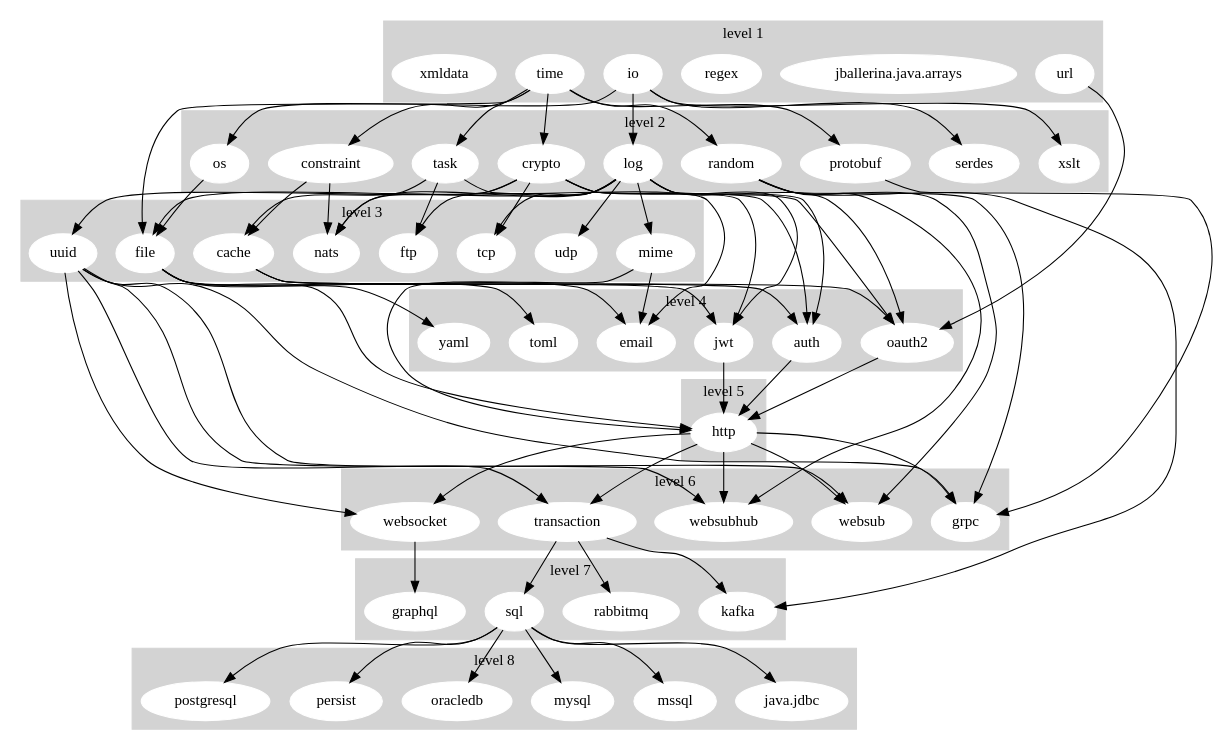
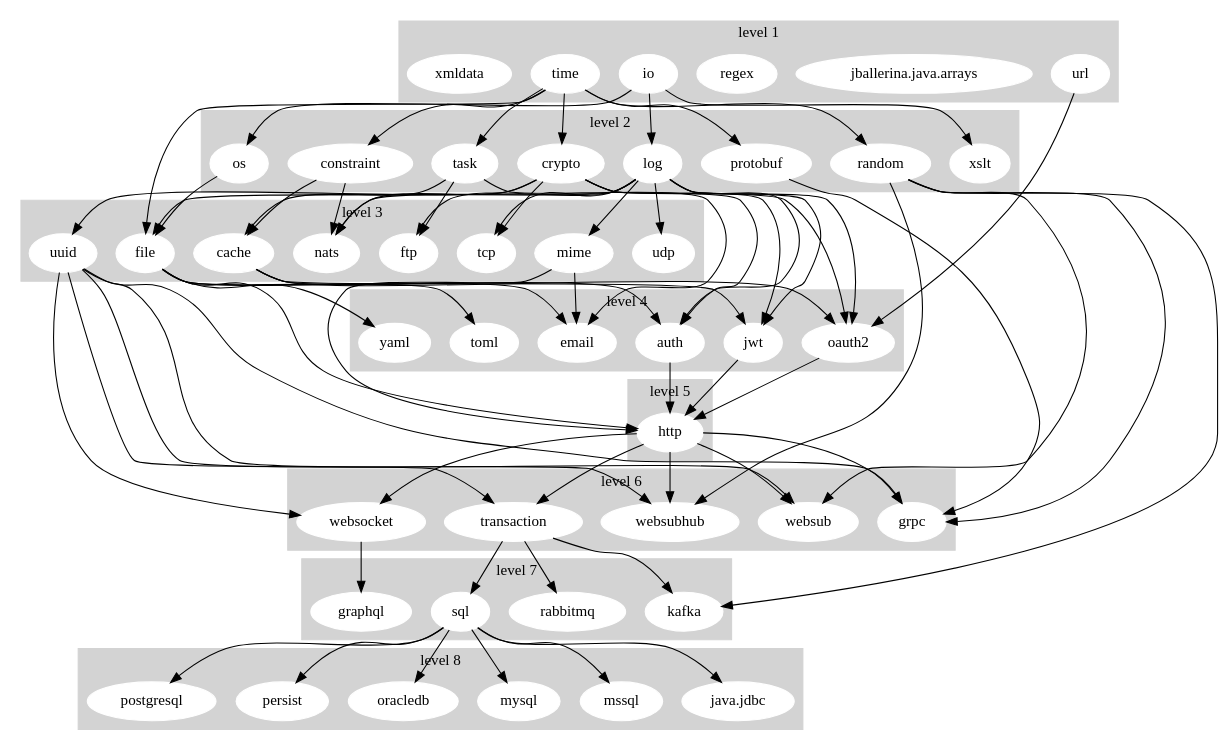
The diagram in dashboard/stdlib_graph.gv (ballerina-platform/ballerina-release), drawn with Graphviz before and after one commit.

Commit message:
[Automated] Update Stdlib Dependency Graph

```diff
--- a/dashboard/stdlib_graph.gv
+++ b/dashboard/stdlib_graph.gv
@@ -1,156 +1,154 @@
 digraph "Stdlib Dependency Graph" {
 	subgraph cluster_1 {
 		node [color=white style=filled]
 		color=lightgrey style=filled
 		io
 		"jballerina.java.arrays"
 		regex
 		time
 		url
 		xmldata
 		label="level 1"
 	}
 	subgraph cluster_2 {
 		node [color=white style=filled]
 		color=lightgrey style=filled
 		constraint
 		crypto
 		log
 		os
 		protobuf
 		random
-		serdes
 		task
 		xslt
 		label="level 2"
 	}
 	subgraph cluster_3 {
 		node [color=white style=filled]
 		color=lightgrey style=filled
 		cache
 		file
 		ftp
 		mime
 		nats
 		tcp
 		udp
 		uuid
 		label="level 3"
 	}
 	subgraph cluster_4 {
 		node [color=white style=filled]
 		color=lightgrey style=filled
 		auth
 		email
 		jwt
 		oauth2
 		toml
 		yaml
 		label="level 4"
 	}
 	subgraph cluster_5 {
 		node [color=white style=filled]
 		color=lightgrey style=filled
 		http
 		label="level 5"
 	}
 	subgraph cluster_6 {
 		node [color=white style=filled]
 		color=lightgrey style=filled
 		grpc
 		transaction
 		websocket
 		websub
 		websubhub
 		label="level 6"
 	}
 	subgraph cluster_7 {
 		node [color=white style=filled]
 		color=lightgrey style=filled
 		graphql
 		kafka
 		rabbitmq
 		sql
 		label="level 7"
 	}
 	subgraph cluster_8 {
 		node [color=white style=filled]
 		color=lightgrey style=filled
 		"java.jdbc"
 		mssql
 		mysql
 		oracledb
 		persist
 		postgresql
 		label="level 8"
 	}
 	io -> log
 	io -> os
-	io -> serdes
 	io -> xslt
 	time -> constraint
 	time -> crypto
 	time -> file
 	time -> protobuf
 	time -> random
 	time -> task
 	url -> oauth2
 	constraint -> cache
 	constraint -> nats
 	crypto -> auth
 	crypto -> jwt
 	crypto -> nats
 	crypto -> oauth2
 	crypto -> tcp
 	crypto -> uuid
 	log -> auth
 	log -> file
 	log -> ftp
 	log -> jwt
 	log -> mime
 	log -> nats
 	log -> oauth2
 	log -> tcp
 	log -> udp
 	os -> file
 	protobuf -> grpc
 	random -> grpc
 	random -> kafka
 	random -> websub
 	random -> websubhub
 	task -> cache
 	task -> email
 	task -> ftp
 	cache -> auth
 	cache -> jwt
 	cache -> oauth2
 	file -> email
 	file -> http
 	file -> toml
 	file -> yaml
 	mime -> email
 	mime -> http
 	uuid -> grpc
 	uuid -> transaction
 	uuid -> websocket
 	uuid -> websub
 	uuid -> websubhub
 	auth -> http
 	jwt -> http
 	oauth2 -> http
 	http -> grpc
 	http -> transaction
 	http -> websocket
 	http -> websub
 	http -> websubhub
 	transaction -> kafka
 	transaction -> rabbitmq
 	transaction -> sql
 	websocket -> graphql
 	sql -> "java.jdbc"
 	sql -> mssql
 	sql -> mysql
 	sql -> oracledb
 	sql -> persist
 	sql -> postgresql
 }
```
